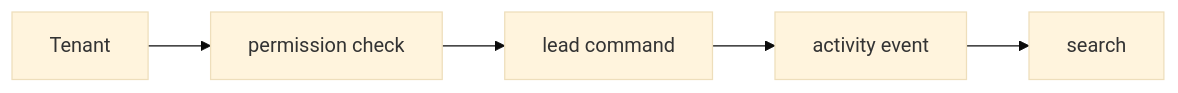
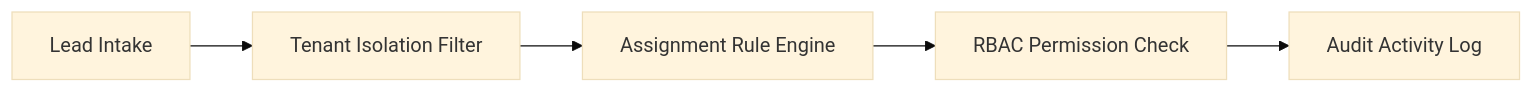
One commit to sohail-sharif-official/lead-management-crm changed the diagram in README.md. Above: the diagram before and after it, drawn with Mermaid (base theme). The commit also changed other lines of this file and 4 other files, not shown here.

Commit message:
Update architecture documentation, mermaid diagrams, and verification guide

````diff
--- a/README.md
+++ b/README.md
@@ -17,8 +10,7 @@
 ```mermaid
 flowchart LR
-  n0["Tenant"] --> n1
-  n1["permission check"] --> n2
-  n2["lead command"] --> n3
-  n3["activity event"] --> n4
-  n4["search"]
+  Intake["Lead Intake"] --> Tenant["Tenant Isolation Filter"]
+  Tenant --> Assign["Assignment Rule Engine"]
+  Assign --> RBAC["RBAC Permission Check"]
+  RBAC --> Timeline["Audit Activity Log"]
 ```
````
